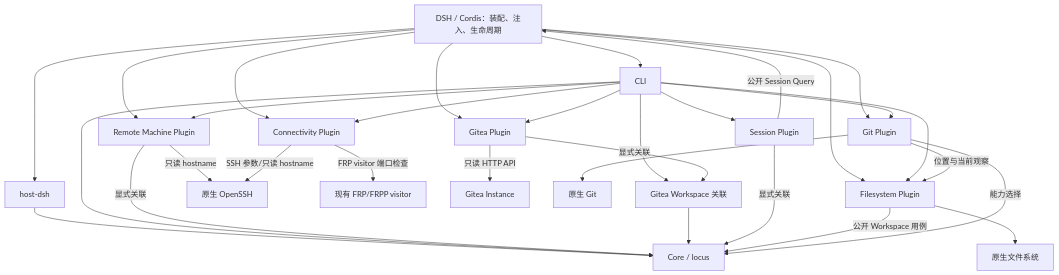
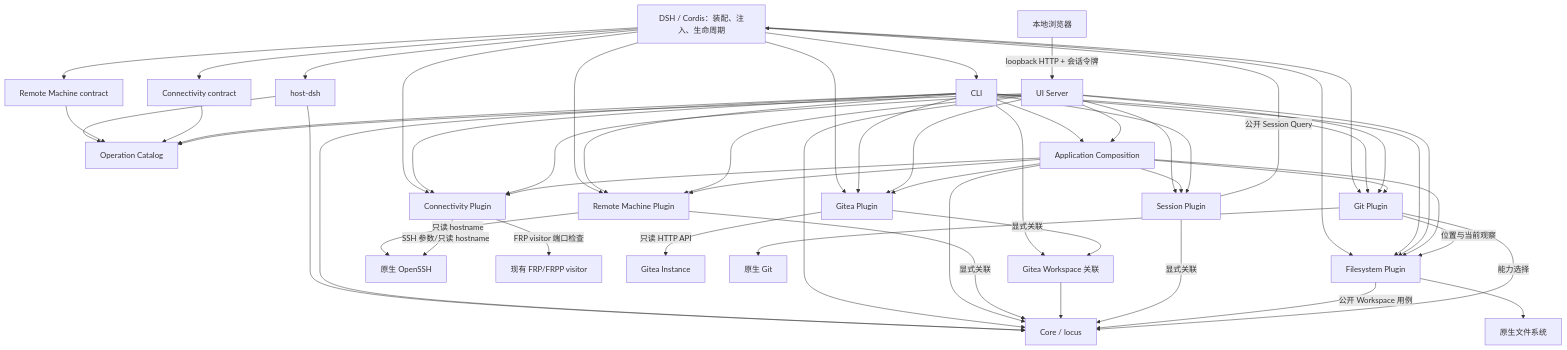
Before and after one commit to SWdrift/locus-workspace: the diagram in docs/architecture.md, drawn with Mermaid. The commit also changed other lines of this file and 82 other files, not shown here.

````diff
--- a/docs/architecture.md
+++ b/docs/architecture.md
@@ -29,33 +36,57 @@
 ```mermaid
 flowchart TD
     DSH["DSH / Cordis：装配、注入、生命周期"] --> Host["host-dsh"]
     DSH --> CLI["CLI"]
+    DSH --> MachineContract["Remote Machine contract"]
+    DSH --> ConnectivityContract["Connectivity contract"]
     DSH --> FS["Filesystem Plugin"]
     DSH --> Git["Git Plugin"]
     DSH --> Machine["Remote Machine Plugin"]
     DSH --> Connectivity["Connectivity Plugin"]
     DSH --> Gitea["Gitea Plugin"]
     Host --> Core["Core / locus"]
+    Host --> Operations["Operation Catalog"]
+    MachineContract --> Operations
+    ConnectivityContract --> Operations
     CLI --> Core
     CLI --> FS
     CLI --> Git
     CLI --> Machine
     CLI --> Connectivity
     CLI --> Gitea
+    CLI --> Operations
+    CLI --> Application["Application Composition"]
+    UI["UI Server"] --> Application
+    UI --> Operations
+    UI --> Core
+    UI --> FS
+    UI --> Git
+    UI --> Machine
+    UI --> Connectivity
+    UI --> Gitea
+    UI --> Session
+    Browser["本地浏览器"] -->|"loopback HTTP + 会话令牌"| UI
+    Application --> Core
+    Application --> FS
+    Application --> Git
+    Application --> Machine
+    Application --> Connectivity
+    Application --> Gitea
+    Application --> Session
     CLI --> GiteaCore["Gitea Workspace 关联"]
     CLI --> Session["Session Plugin"]
     Machine -->|"显式关联"| Core
     Machine -->|"只读 hostname"| SSH["原生 OpenSSH"]
     Connectivity -->|"SSH 参数/只读 hostname"| SSH
     Connectivity -->|"FRP visitor 端口检查"| Visitor["现有 FRP/FRPP visitor"]
     Gitea -->|"只读 HTTP API"| GiteaAPI["Gitea Instance"]
     Gitea -->|"显式关联"| GiteaCore
     GiteaCore --> Core
     Session -->|"公开 Session Query"| DSH
     Session -->|"显式关联"| Core
     FS -->|"公开 Workspace 用例"| Core
     Git -->|"能力选择"| Core
     Git -->|"位置与当前观察"| FS
     FS --> Files["原生文件系统"]
     Git --> NativeGit["原生 Git"]
 ```
````
